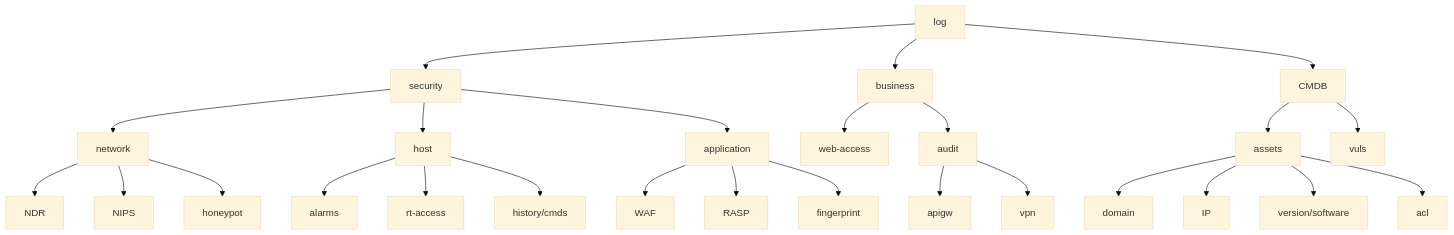
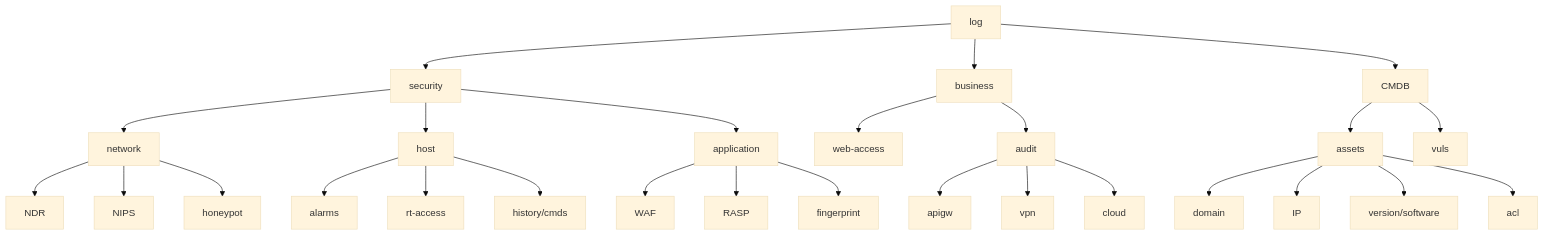
One commit to Jayway007/Offense-and-Defense changed the diagram in Defense/Security-Operation/IPDRR/Detect/Log-integration/README.md. Above: the diagram before and after it, drawn with Mermaid (base theme).

````diff
--- a/Defense/Security-Operation/IPDRR/Detect/Log-integration/README.md
+++ b/Defense/Security-Operation/IPDRR/Detect/Log-integration/README.md
@@ -6,37 +6,38 @@
  ```mermaid
 graph TD;
     log-->security;
     log-->business;
     log-->CMDB;
     
     CMDB-->assets;
     CMDB-->vuls;
     
     assets-->domain;
     assets-->IP;
     assets-->version/software;
     assets-->acl;
     
     business-->web-access;
     business-->audit;
     audit-->apigw;
     audit-->vpn;
+    audit-->cloud;
     
     security-->network;
     security-->host;
     security-->application;
     
     host-->alarms;
     host-->rt-access;
     host-->history/cmds;
     
     
     network-->NDR;
     network-->NIPS;
     network-->honeypot;
     
     application-->WAF;
     application-->RASP;
     application-->fingerprint;
     
 ```
````
